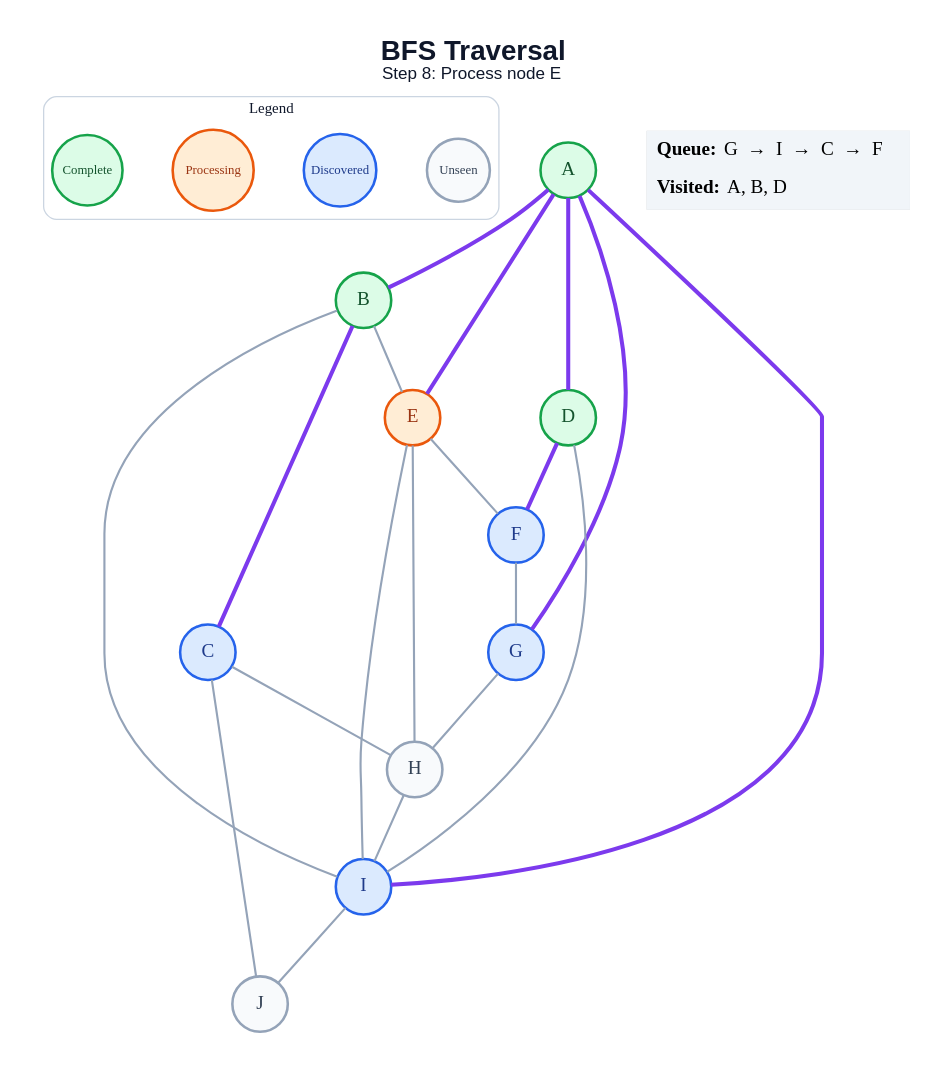
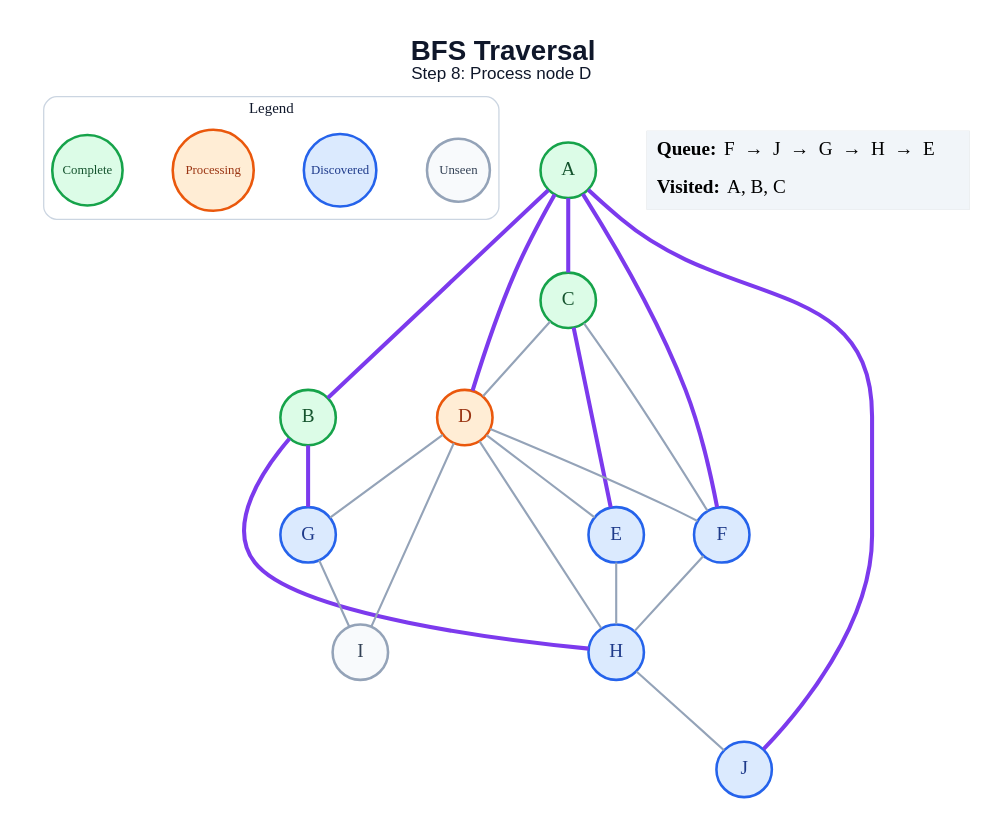
Before and after one commit to anon7238593-create/ai-slop: the diagram in generated/bfs/step_08.dot, drawn with Graphviz. The commit also changed 178 other files, not shown here.

```diff
--- a/generated/bfs/step_08.dot
+++ b/generated/bfs/step_08.dot
@@ -1,48 +1,48 @@
 graph traversal {
   graph [layout=dot, rankdir=TB, bgcolor="#FFFFFF", pad="0.35", nodesep="0.65", ranksep="0.8", fontname="Arial"];
   node [shape=circle, style="filled", fontname="Arial Bold", fontsize=18, width=0.72, fixedsize=true, penwidth=2.4];
   edge [color="#94A3B8", penwidth=2.0];
-  label=<<B>BFS Traversal</B><BR/><FONT POINT-SIZE="16">Step 8: Process node E</FONT>>; labelloc="t"; fontsize=26; fontname="Arial"; fontcolor="#0F172A";
+  label=<<B>BFS Traversal</B><BR/><FONT POINT-SIZE="16">Step 8: Process node D</FONT>>; labelloc="t"; fontsize=26; fontname="Arial"; fontcolor="#0F172A";
   subgraph cluster_legend { label="Legend"; color="#CBD5E1"; penwidth=1.2; style="rounded"; fontsize=14; fontname="Arial Bold";
     key_unseen [label="Unseen", fillcolor="#F8FAFC", color="#94A3B8", fontcolor="#334155", fontsize=12, width=0.82];
     key_frontier [label="Discovered", fillcolor="#DBEAFE", color="#2563EB", fontcolor="#1E3A8A", fontsize=12, width=0.95];
     key_current [label="Processing", fillcolor="#FFEDD5", color="#EA580C", fontcolor="#9A3412", fontsize=12, width=1.05];
     key_done [label="Complete", fillcolor="#DCFCE7", color="#16A34A", fontcolor="#14532D", fontsize=12, width=0.92];
     { rank=same; key_unseen; key_frontier; key_current; key_done; }
   }
   A [fillcolor="#DCFCE7", color="#16A34A", fontcolor="#14532D"];
   B [fillcolor="#DCFCE7", color="#16A34A", fontcolor="#14532D"];
-  C [fillcolor="#DBEAFE", color="#2563EB", fontcolor="#1E3A8A"];
-  D [fillcolor="#DCFCE7", color="#16A34A", fontcolor="#14532D"];
-  E [fillcolor="#FFEDD5", color="#EA580C", fontcolor="#9A3412"];
+  C [fillcolor="#DCFCE7", color="#16A34A", fontcolor="#14532D"];
+  D [fillcolor="#FFEDD5", color="#EA580C", fontcolor="#9A3412"];
+  E [fillcolor="#DBEAFE", color="#2563EB", fontcolor="#1E3A8A"];
   F [fillcolor="#DBEAFE", color="#2563EB", fontcolor="#1E3A8A"];
   G [fillcolor="#DBEAFE", color="#2563EB", fontcolor="#1E3A8A"];
-  H [fillcolor="#F8FAFC", color="#94A3B8", fontcolor="#334155"];
-  I [fillcolor="#DBEAFE", color="#2563EB", fontcolor="#1E3A8A"];
-  J [fillcolor="#F8FAFC", color="#94A3B8", fontcolor="#334155"];
+  H [fillcolor="#DBEAFE", color="#2563EB", fontcolor="#1E3A8A"];
+  I [fillcolor="#F8FAFC", color="#94A3B8", fontcolor="#334155"];
+  J [fillcolor="#DBEAFE", color="#2563EB", fontcolor="#1E3A8A"];
   A -- B [color="#7C3AED", penwidth=3.8];
+  A -- C [color="#7C3AED", penwidth=3.8];
   A -- D [color="#7C3AED", penwidth=3.8];
-  A -- E [color="#7C3AED", penwidth=3.8];
-  A -- G [color="#7C3AED", penwidth=3.8];
-  A -- I [color="#7C3AED", penwidth=3.8];
-  B -- C [color="#7C3AED", penwidth=3.8];
-  B -- E;
-  B -- I;
-  C -- H;
-  C -- J;
-  D -- F [color="#7C3AED", penwidth=3.8];
+  A -- F [color="#7C3AED", penwidth=3.8];
+  A -- J [color="#7C3AED", penwidth=3.8];
+  B -- G [color="#7C3AED", penwidth=3.8];
+  B -- H [color="#7C3AED", penwidth=3.8];
+  C -- D;
+  C -- E [color="#7C3AED", penwidth=3.8];
+  C -- F;
+  D -- E;
+  D -- F;
+  D -- G;
+  D -- H;
   D -- I;
-  E -- F;
   E -- H;
-  E -- I;
-  F -- G;
-  G -- H;
-  H -- I;
-  I -- J;
+  F -- H;
+  G -- I;
+  H -- J;
   status [shape=plain, fixedsize=false, width=0, height=0, margin=0, label=<
     <TABLE BORDER="0" CELLBORDER="0" CELLPADDING="7" BGCOLOR="#F1F5F9">
-      <TR><TD ALIGN="LEFT"><B>Queue:</B> G  →  I  →  C  →  F</TD></TR>
-      <TR><TD ALIGN="LEFT"><B>Visited:</B> A, B, D</TD></TR>
+      <TR><TD ALIGN="LEFT"><B>Queue:</B> F  →  J  →  G  →  H  →  E</TD></TR>
+      <TR><TD ALIGN="LEFT"><B>Visited:</B> A, B, C</TD></TR>
     </TABLE>
   >];
 }
```
